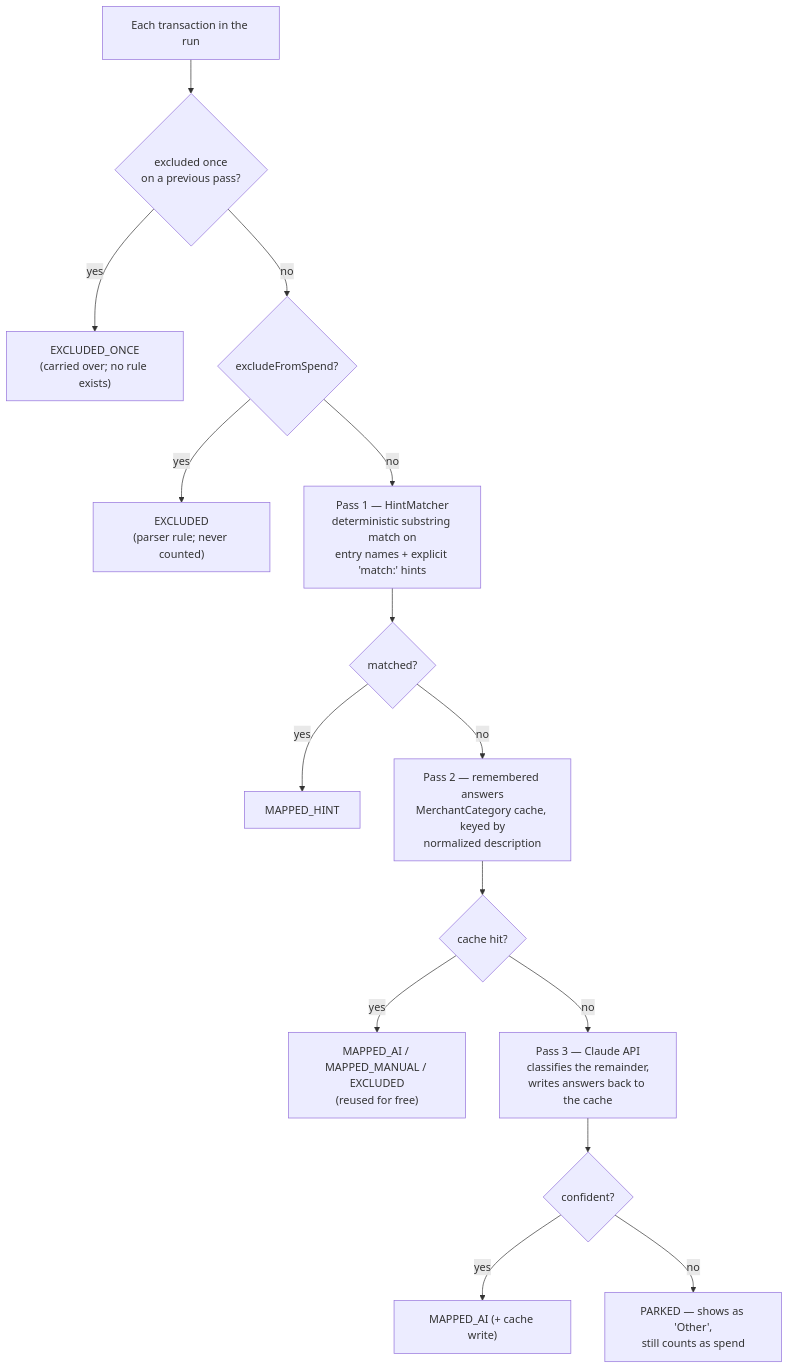
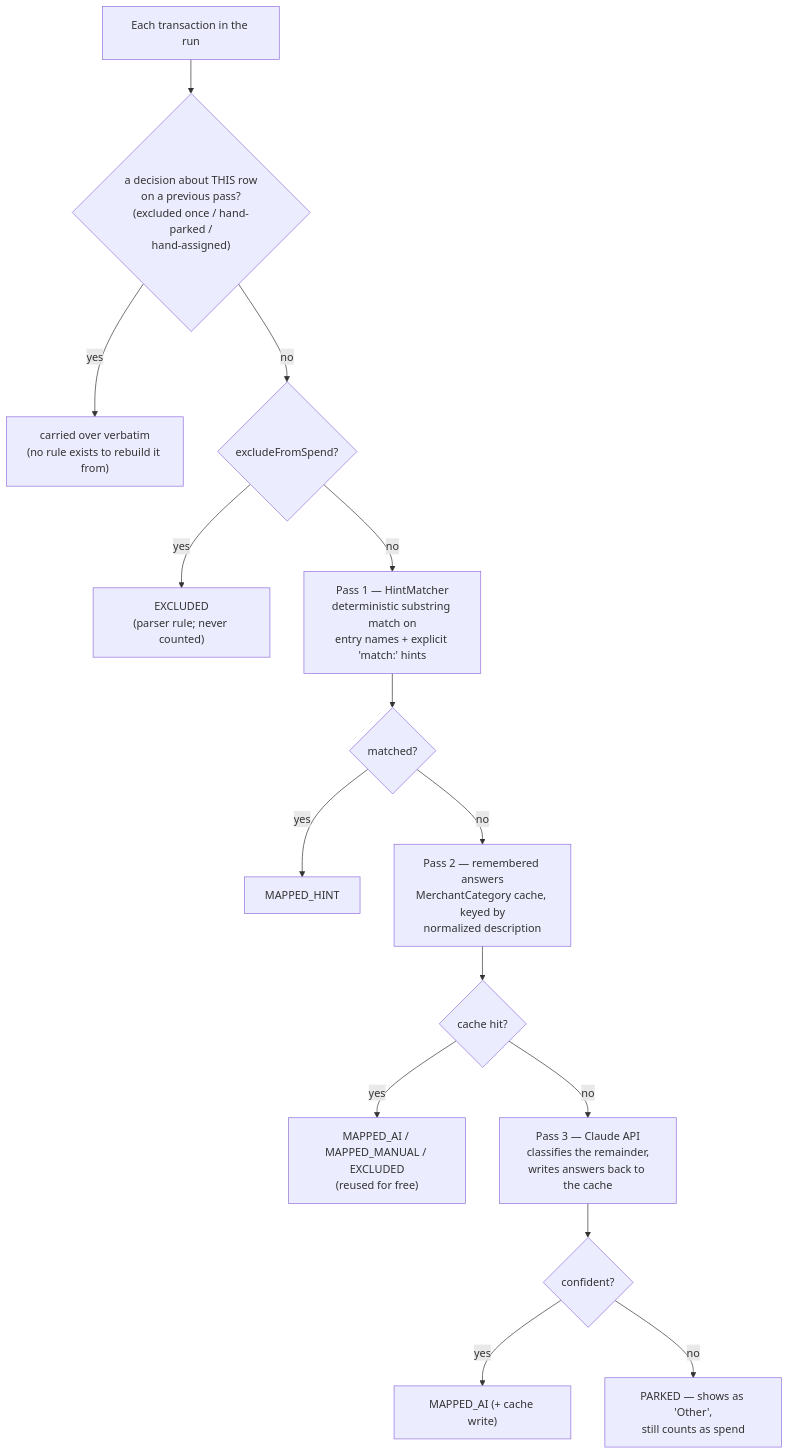
Before and after one commit to glbabior/pig-purchase-tracking: the second of 5 diagrams in docs/ARCHITECTURE.md, drawn with Mermaid. The commit also changed other lines of this file and 2 other files, not shown here.

````diff
--- a/docs/ARCHITECTURE.md
+++ b/docs/ARCHITECTURE.md
@@ -112,20 +113,20 @@
 ```mermaid
 flowchart TD
-    T["Each transaction in the run"] --> P0{"excluded once<br/>on a previous pass?"}
-    P0 -- yes --> EXCL1["EXCLUDED_ONCE<br/>(carried over; no rule exists)"]
+    T["Each transaction in the run"] --> P0{"a decision about THIS row<br/>on a previous pass?<br/>(excluded once / hand-parked /<br/>hand-assigned)"}
+    P0 -- yes --> EXCL1["carried over verbatim<br/>(no rule exists to rebuild it from)"]
     P0 -- no --> EX{excludeFromSpend?}
     EX -- yes --> EXCL["EXCLUDED<br/>(parser rule; never counted)"]
     EX -- no --> P1
 
     P1["Pass 1 — HintMatcher<br/>deterministic substring match on<br/>entry names + explicit 'match:' hints"] --> P1Q{matched?}
     P1Q -- yes --> MH["MAPPED_HINT"]
     P1Q -- no --> P2
 
     P2["Pass 2 — remembered answers<br/>MerchantCategory cache, keyed by<br/>normalized description"] --> P2Q{cache hit?}
     P2Q -- yes --> MC["MAPPED_AI / MAPPED_MANUAL / EXCLUDED<br/>(reused for free)"]
     P2Q -- no --> P3
 
     P3["Pass 3 — Claude API<br/>classifies the remainder,<br/>writes answers back to the cache"] --> P3Q{confident?}
     P3Q -- yes --> AI["MAPPED_AI (+ cache write)"]
     P3Q -- no --> PARK["PARKED — shows as 'Other',<br/>still counts as spend"]
 ```
````
